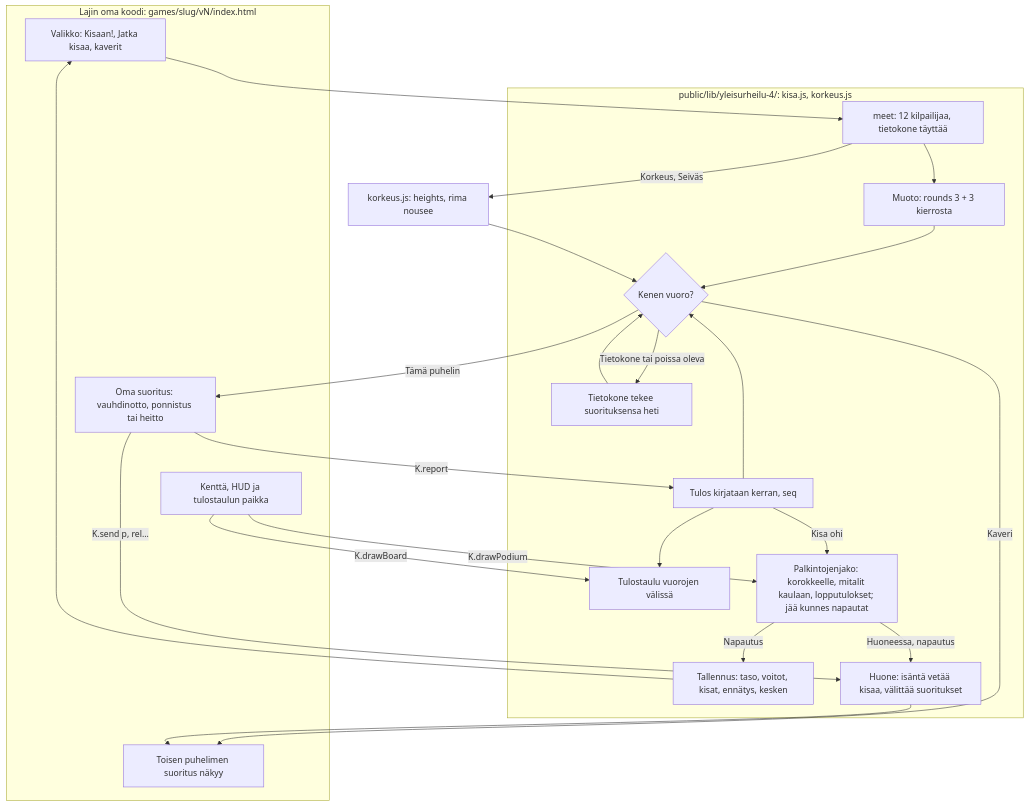
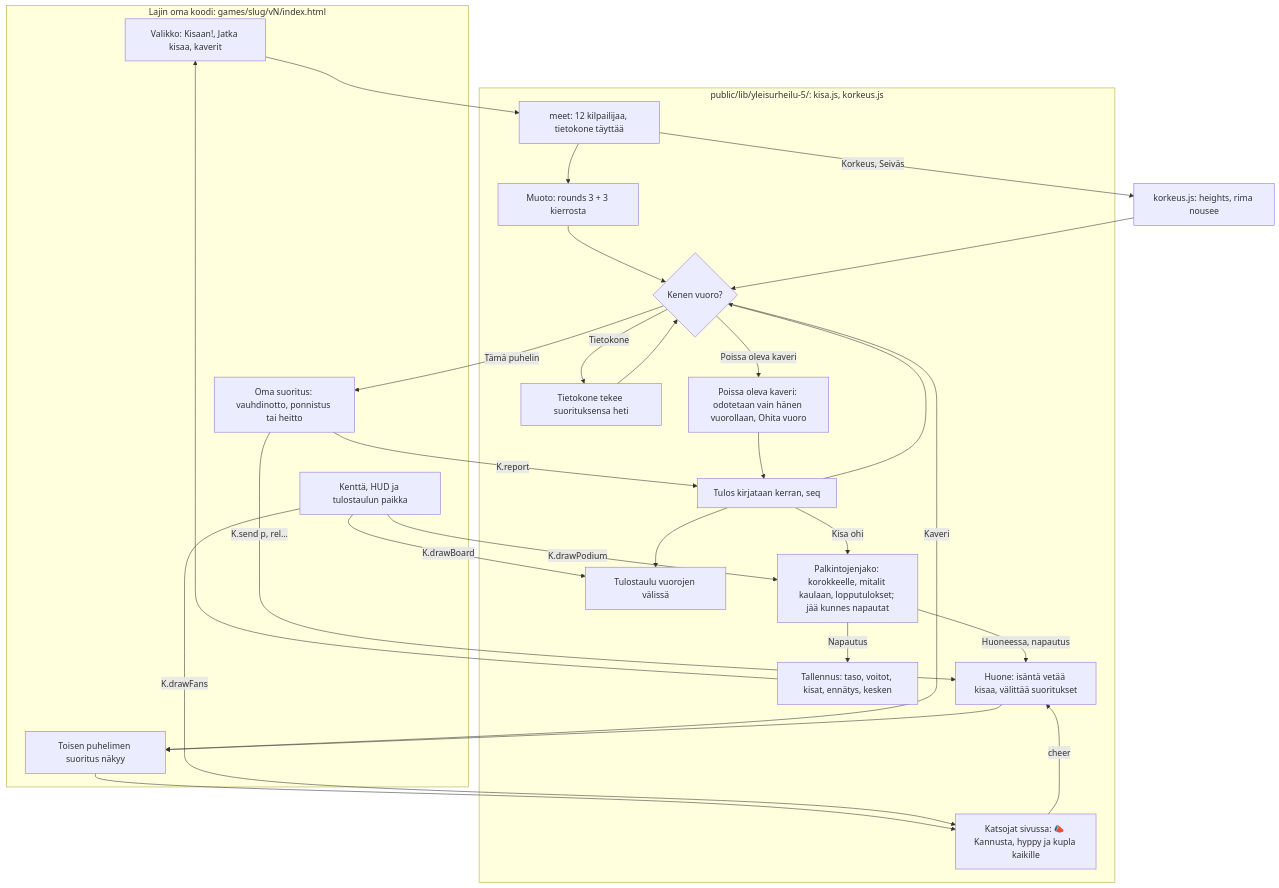
One commit to eerovil/ai-pelit changed the diagram in docs/diagrams/yleisurheilu-kirjasto.md. Above: the diagram before and after it, drawn with Mermaid. The commit also changed other lines of this file and 21 other files, not shown here.

````diff
--- a/docs/diagrams/yleisurheilu-kirjasto.md
+++ b/docs/diagrams/yleisurheilu-kirjasto.md
@@ -14,40 +17,46 @@
 ```mermaid
 flowchart TD
   subgraph Peli[Lajin oma koodi: games/slug/vN/index.html]
     G1[Valikko: Kisaan!, Jatka kisaa, kaverit]
     G2[Oma suoritus: vauhdinotto, ponnistus tai heitto]
     G3[Toisen puhelimen suoritus näkyy]
     G4[Kenttä, HUD ja tulostaulun paikka]
   end
-  subgraph Kirjasto[public/lib/yleisurheilu-4/: kisa.js, korkeus.js]
+  subgraph Kirjasto[public/lib/yleisurheilu-5/: kisa.js, korkeus.js]
     K1[meet: 12 kilpailijaa, tietokone täyttää]
     K2[Muoto: rounds 3 + 3 kierrosta]
     K3{Kenen vuoro?}
     K4[Tietokone tekee suorituksensa heti]
     K5[Tulos kirjataan kerran, seq]
     K6[Tulostaulu vuorojen välissä]
     K9[Palkintojenjako: korokkeelle, mitalit kaulaan, lopputulokset; jää kunnes napautat]
     K7[Tallennus: taso, voitot, kisat, ennätys, kesken]
     K8[Huone: isäntä vetää kisaa, välittää suoritukset]
+    K10[Katsojat sivussa: 📣 Kannusta, hyppy ja kupla kaikille]
+    K11[Poissa oleva kaveri: odotetaan vain hänen vuorollaan, Ohita vuoro]
   end
   G1 --> K1 --> K2 --> K3
   K1 -- Korkeus, Seiväs --> H1[korkeus.js: heights, rima nousee]
   H1 --> K3
-  K3 -- Tietokone tai poissa oleva --> K4 --> K3
+  K3 -- Tietokone --> K4 --> K3
+  K3 -- Poissa oleva kaveri --> K11 --> K5
   K3 -- Tämä puhelin --> G2
   K3 -- Kaveri --> G3
+  G3 --> K10
+  G4 -- K.drawFans --> K10
+  K10 -- cheer --> K8
   G2 -- K.report --> K5
   G2 -- K.send p, rel... --> K8 --> G3
   K5 --> K3
   K5 --> K6
   K5 -- Kisa ohi --> K9
   K9 -- Napautus --> K7 --> G1
   K9 -- Huoneessa, napautus --> K8
   G4 -- K.drawBoard --> K6
   G4 -- K.drawPodium --> K9
   class G1,G2,G4 blue
-  class G3,K8 violet
+  class G3,K8,K10,K11 violet
   class K3 amber
   class K1,K2,K4,K5,H1 teal
   class K6,K7,K9 green
 ```
````
